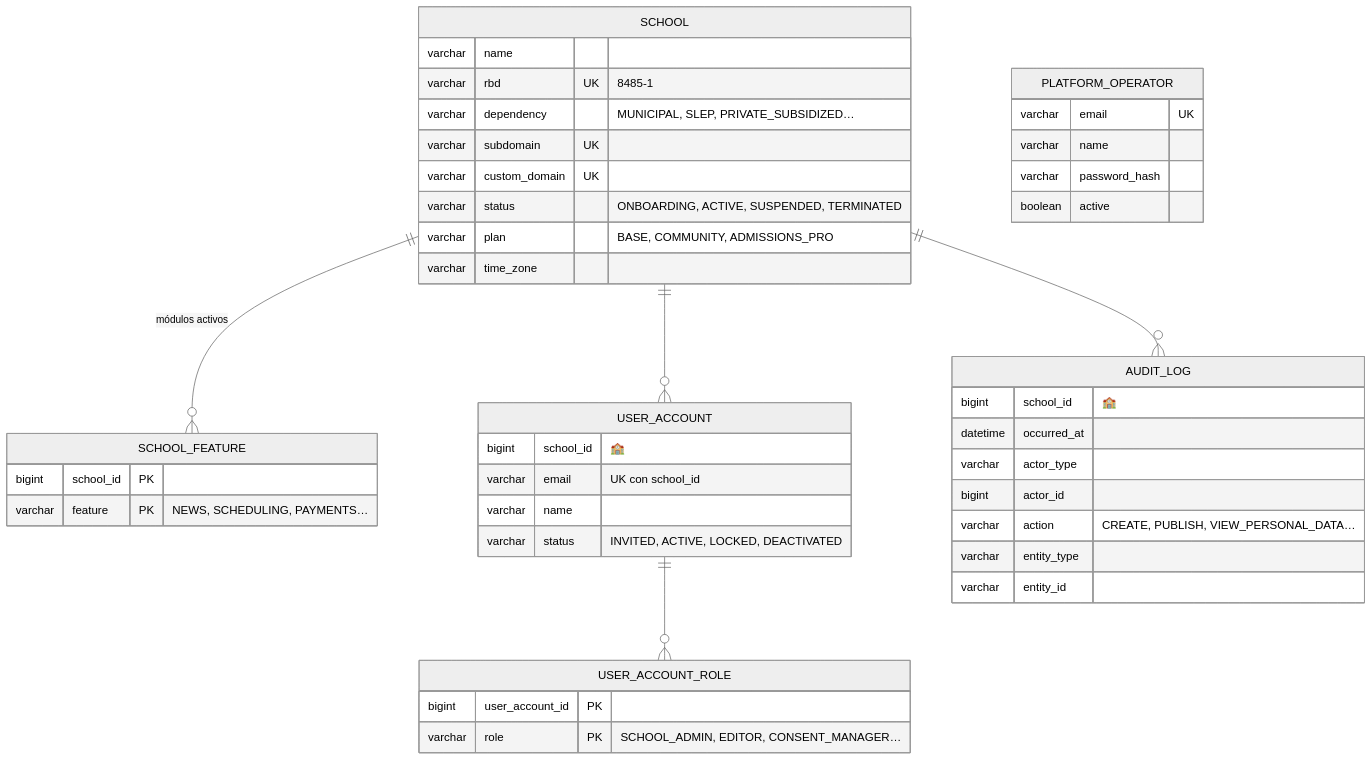
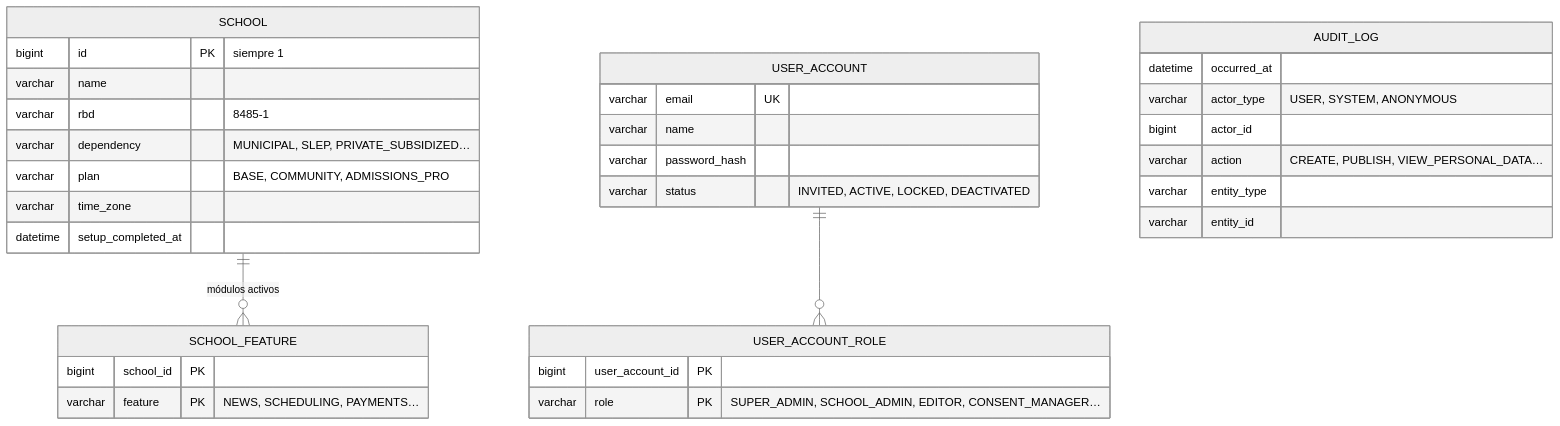
The first of 6 diagrams in docs/domain-model.md (InformaticaBeerCat/colegio-saas), drawn with Mermaid (neutral theme) before and after one commit. The commit also changed other lines of this file and 22 other files, not shown here.

````diff
--- a/docs/domain-model.md
+++ b/docs/domain-model.md
@@ -12,47 +12,37 @@
 ```mermaid
 erDiagram
     SCHOOL ||--o{ SCHOOL_FEATURE : "módulos activos"
-    SCHOOL ||--o{ USER_ACCOUNT : ""
     USER_ACCOUNT ||--o{ USER_ACCOUNT_ROLE : ""
-    SCHOOL ||--o{ AUDIT_LOG : ""
 
     SCHOOL {
+        bigint id PK "siempre 1"
         varchar name
-        varchar rbd UK "8485-1"
+        varchar rbd "8485-1"
         varchar dependency "MUNICIPAL, SLEP, PRIVATE_SUBSIDIZED…"
-        varchar subdomain UK
-        varchar custom_domain UK
-        varchar status "ONBOARDING, ACTIVE, SUSPENDED, TERMINATED"
         varchar plan "BASE, COMMUNITY, ADMISSIONS_PRO"
         varchar time_zone
+        datetime setup_completed_at
     }
     SCHOOL_FEATURE {
         bigint school_id PK
         varchar feature PK "NEWS, SCHEDULING, PAYMENTS…"
     }
-    PLATFORM_OPERATOR {
+    USER_ACCOUNT {
         varchar email UK
         varchar name
         varchar password_hash
-        boolean active
-    }
-    USER_ACCOUNT {
-        bigint school_id "🏫"
-        varchar email "UK con school_id"
-        varchar name
         varchar status "INVITED, ACTIVE, LOCKED, DEACTIVATED"
     }
     USER_ACCOUNT_ROLE {
         bigint user_account_id PK
-        varchar role PK "SCHOOL_ADMIN, EDITOR, CONSENT_MANAGER…"
+        varchar role PK "SUPER_ADMIN, SCHOOL_ADMIN, EDITOR, CONSENT_MANAGER…"
     }
     AUDIT_LOG {
-        bigint school_id "🏫"
         datetime occurred_at
-        varchar actor_type
+        varchar actor_type "USER, SYSTEM, ANONYMOUS"
         bigint actor_id
         varchar action "CREATE, PUBLISH, VIEW_PERSONAL_DATA…"
         varchar entity_type
         varchar entity_id
     }
 ```
````
